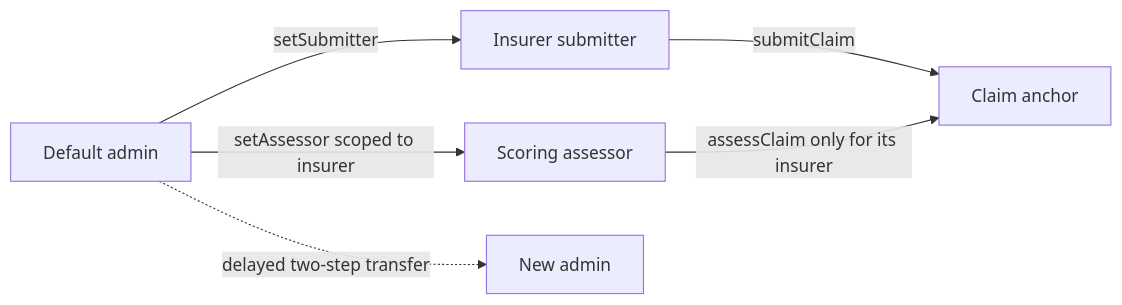
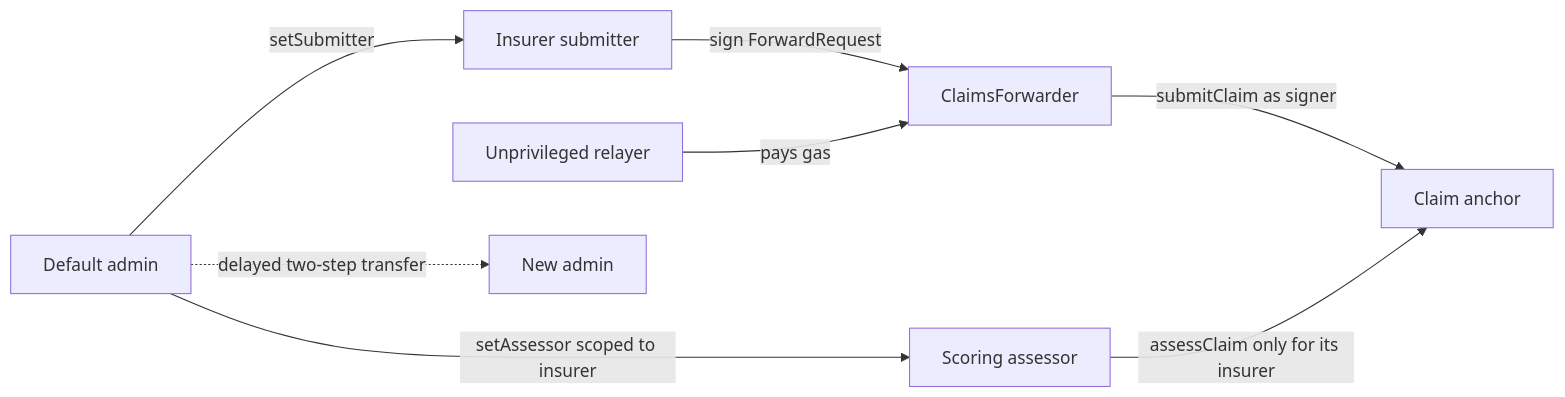
The first of 2 diagrams in apps/contracts/README.md (ganesh1997oli/Decentralized-Claims-Registry), drawn with Mermaid before and after one commit. The commit also changed other lines of this file and 67 other files, not shown here.

````diff
--- a/apps/contracts/README.md
+++ b/apps/contracts/README.md
@@ -11,8 +12,10 @@
 ```mermaid
 flowchart LR
     Admin["Default admin"] -->|"setSubmitter"| Submitter["Insurer submitter"]
     Admin -->|"setAssessor scoped to insurer"| Assessor["Scoring assessor"]
-    Submitter -->|"submitClaim"| Claim["Claim anchor"]
+    Submitter -->|"sign ForwardRequest"| Forwarder["ClaimsForwarder"]
+    Relayer["Unprivileged relayer"] -->|"pays gas"| Forwarder
+    Forwarder -->|"submitClaim as signer"| Claim["Claim anchor"]
     Assessor -->|"assessClaim only for its insurer"| Claim
     Admin -. "delayed two-step transfer" .-> NewAdmin["New admin"]
 ```
````
